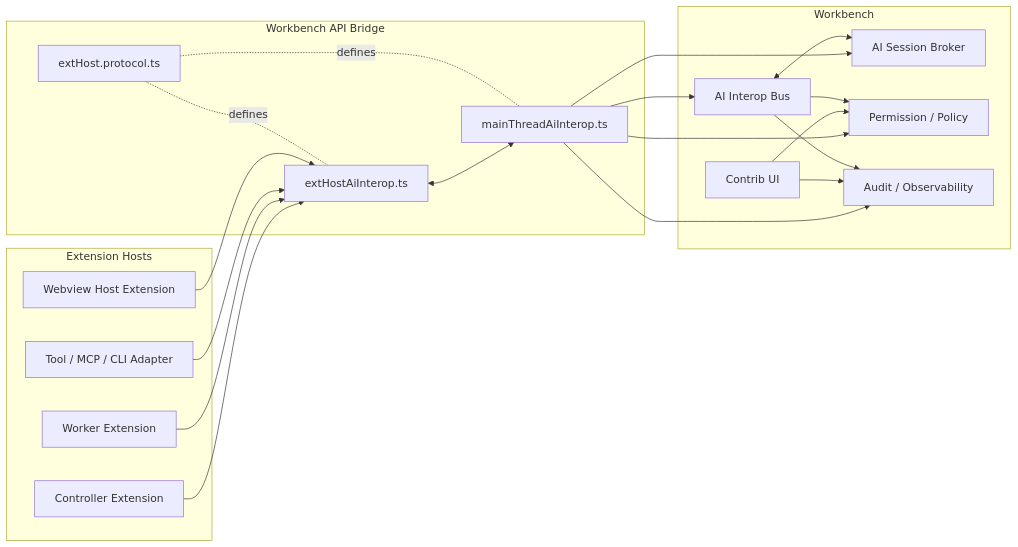
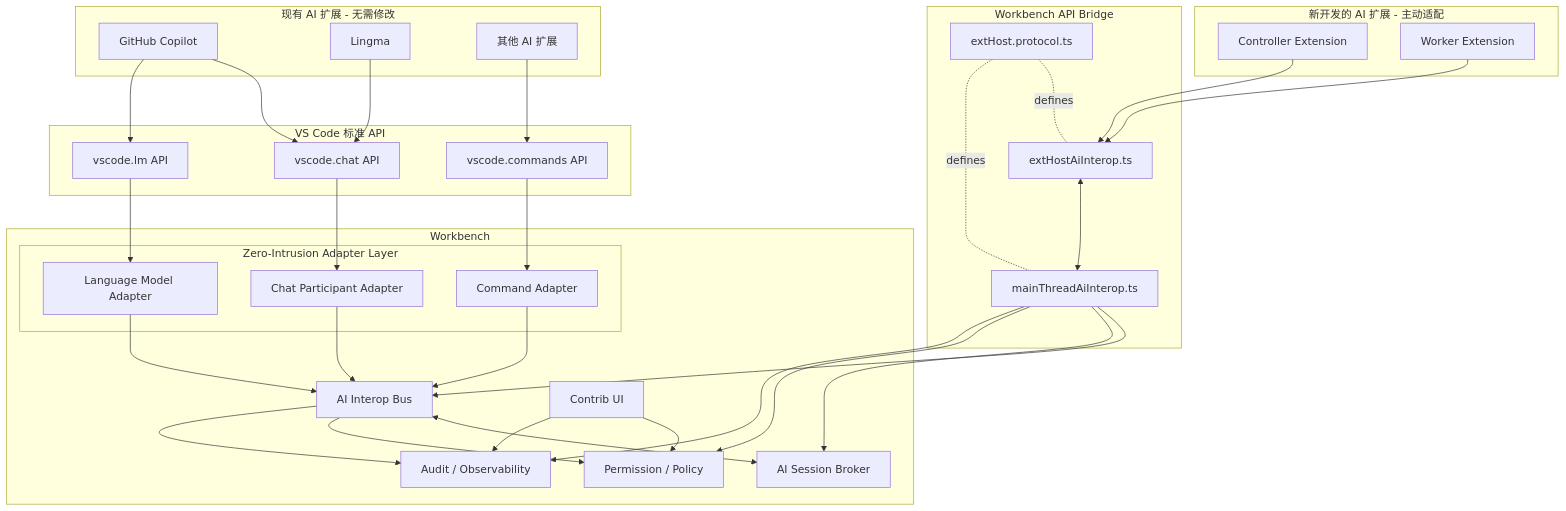
The diagram in docs/ai-interop/02-core-architecture.md (tweetclaw/humancode), drawn with Mermaid before and after one commit. The commit also changed other lines of this file and 95 other files, not shown here.

````diff
--- a/docs/ai-interop/02-core-architecture.md
+++ b/docs/ai-interop/02-core-architecture.md
@@ -126,43 +138,70 @@
 ```mermaid
-flowchart LR
+flowchart TB
+  subgraph EXISTING[现有 AI 扩展 - 无需修改]
+    COPILOT[GitHub Copilot]
+    LINGMA[Lingma]
+    OTHER[其他 AI 扩展]
+  end
+
+  subgraph VSCODE_API[VS Code 标准 API]
+    CHAT_API[vscode.chat API]
+    LM_API[vscode.lm API]
+    CMD_API[vscode.commands API]
+  end
+
   subgraph WB[Workbench]
+    subgraph ADAPTER[Zero-Intrusion Adapter Layer]
+      CHAT_ADAPTER[Chat Participant Adapter]
+      LM_ADAPTER[Language Model Adapter]
+      CMD_ADAPTER[Command Adapter]
+    end
+    
     BUS[AI Interop Bus]
     SB[AI Session Broker]
     POL[Permission / Policy]
     AUD[Audit / Observability]
     UI[Contrib UI]
   end
 
   subgraph API[Workbench API Bridge]
     MT[mainThreadAiInterop.ts]
     EH[extHostAiInterop.ts]
     PROTO[extHost.protocol.ts]
   end
 
-  subgraph EXTS[Extension Hosts]
+  subgraph NEW_EXTS[新开发的 AI 扩展 - 主动适配]
     CTRL[Controller Extension]
     WORKER[Worker Extension]
-    TOOL[Tool / MCP / CLI Adapter]
-    WV[Webview Host Extension]
   end
+
+  COPILOT --> CHAT_API
+  COPILOT --> LM_API
+  LINGMA --> CHAT_API
+  OTHER --> CMD_API
+
+  CHAT_API --> CHAT_ADAPTER
+  LM_API --> LM_ADAPTER
+  CMD_API --> CMD_ADAPTER
+
+  CHAT_ADAPTER --> BUS
+  LM_ADAPTER --> BUS
+  CMD_ADAPTER --> BUS
 
   CTRL --> EH
   WORKER --> EH
-  TOOL --> EH
-  WV --> EH
 
   EH <--> MT
   PROTO -. defines .- EH
   PROTO -. defines .- MT
 
   MT --> BUS
   MT --> SB
   MT --> POL
   MT --> AUD
 
   UI --> POL
   UI --> AUD
   BUS <--> SB
   BUS --> POL
   BUS --> AUD
 ```
````
